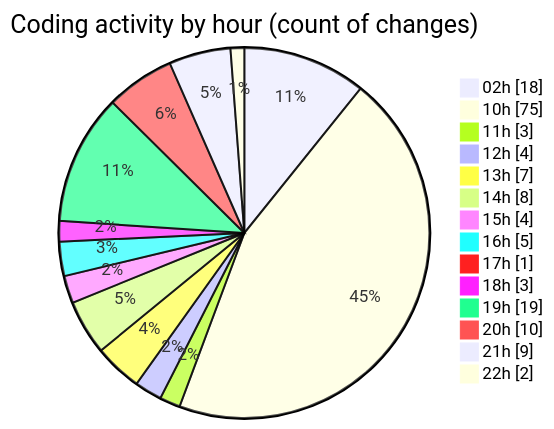
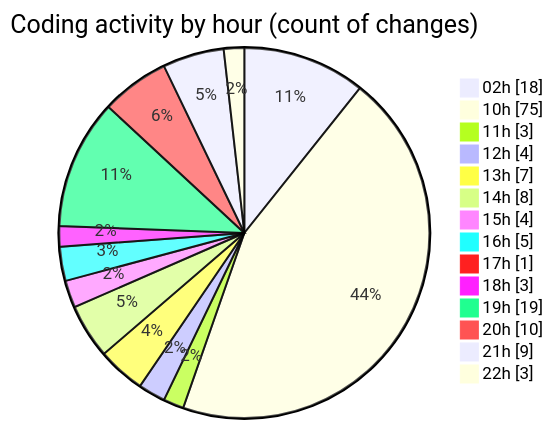
One commit to shibass792/code-tracking changed the second of 2 diagrams in 2026-07-08/twenty_versions_aminor/README.md. Above: the diagram before and after it, drawn with Mermaid. The commit also changed other lines of this file and 1 other file, not shown here.

````diff
--- a/2026-07-08/twenty_versions_aminor/README.md
+++ b/2026-07-08/twenty_versions_aminor/README.md
@@ -62,18 +62,18 @@
 ```mermaid
 pie showData
 title Coding activity by hour (count of changes)
 "02h" : 18
 "10h" : 75
 "11h" : 3
 "12h" : 4
 "13h" : 7
 "14h" : 8
 "15h" : 4
 "16h" : 5
 "17h" : 1
 "18h" : 3
 "19h" : 19
 "20h" : 10
 "21h" : 9
-"22h" : 2
+"22h" : 3
 ```
````
